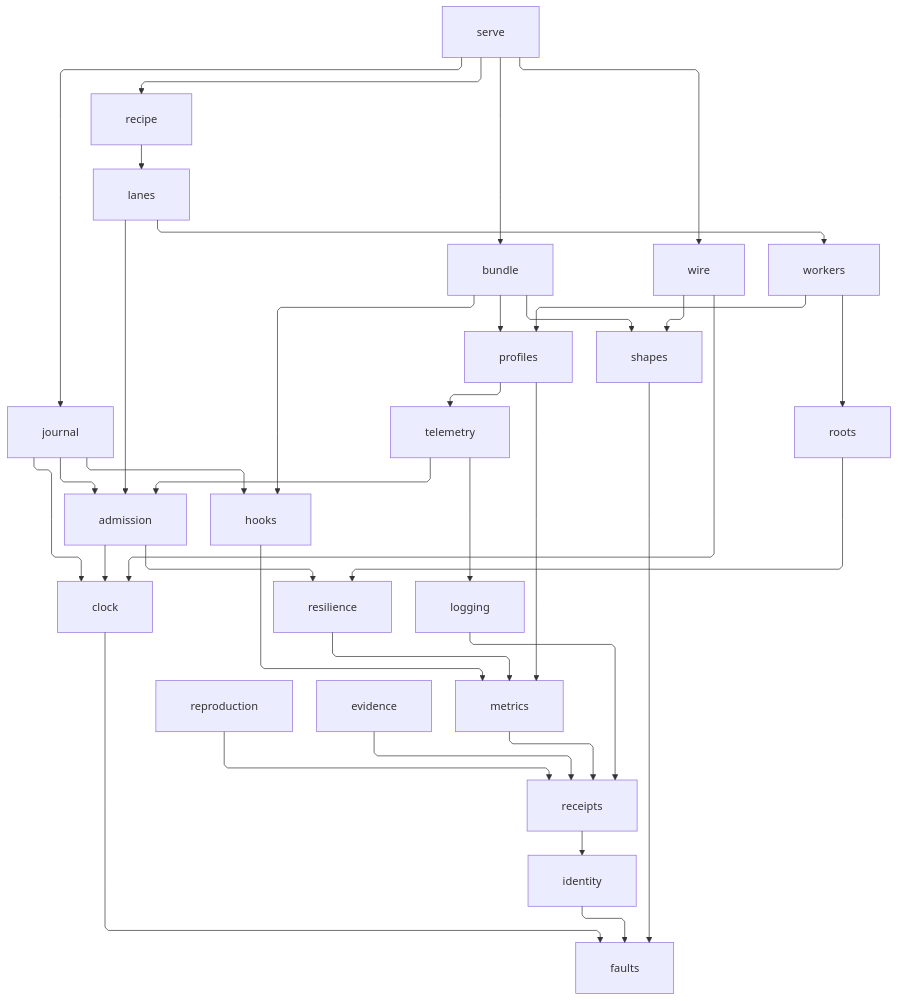
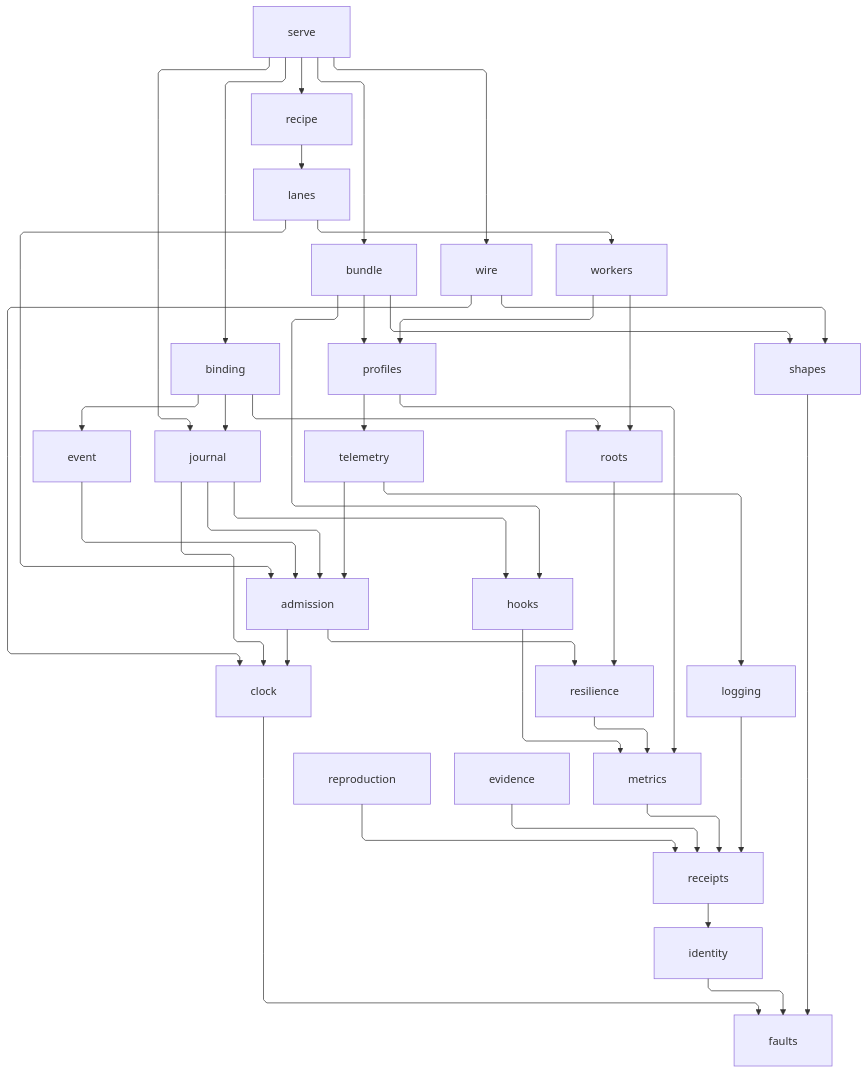
One commit to bsamiee/Rasm changed the first of 3 diagrams in libs/python/runtime/ARCHITECTURE.md. Above: the diagram before and after it, drawn with Mermaid. The commit also changed other lines of this file and 509 other files, not shown here.

````diff
--- a/libs/python/runtime/ARCHITECTURE.md
+++ b/libs/python/runtime/ARCHITECTURE.md
@@ -42,68 +44,75 @@
 ```mermaid
 ---
 config:
   layout: elk
   flowchart:
     curve: linear
     padding: 25
 ---
 flowchart TB
     accTitle: Runtime interior import rail
     accDescr: Transitive-reduced module import rail from serve down through the execution and install strata onto the faults root.
     Serve[serve]
+    Binding[binding]
+    Event[event]
     Bundle[bundle]
     Journal[journal]
     Profiles[profiles]
     Recipe[recipe]
     Telemetry[telemetry]
     Wire[wire]
     Lanes[lanes]
     Roots[roots]
     Admission[admission]
     Workers[workers]
     Shapes[shapes]
     Clock[clock]
     Resilience[resilience]
     Reproduction[reproduction]
     Evidence[evidence]
     Hooks[hooks]
     Metrics[metrics]
     Logging[logging]
     Receipts[receipts]
     Identity[identity]
     Faults[faults]
     Serve r1@--> Recipe
     Serve r2@--> Bundle
     Serve r3@--> Wire
+    Serve r36@--> Binding
+    Binding r37@--> Event
+    Binding r38@--> Journal
+    Binding r39@--> Roots
+    Event r40@--> Admission
     Bundle r28@--> Profiles
     Bundle r29@--> Hooks
     Bundle r30@--> Shapes
     Journal r32@--> Hooks
     Journal r33@--> Clock
     Serve r34@--> Journal
     Journal r35@--> Admission
     Workers r31@--> Profiles
     Profiles r23@--> Telemetry
     Profiles r24@--> Metrics
     Recipe r4@--> Lanes
     Workers r5@--> Roots
     Telemetry r6@--> Admission
     Telemetry r25@--> Logging
     Lanes r7@--> Admission
     Lanes r8@--> Workers
     Wire r9@--> Clock
     Wire r10@--> Shapes
     Admission r11@--> Clock
     Admission r12@--> Resilience
     Roots r14@--> Resilience
     Resilience r15@--> Metrics
     Hooks r26@--> Metrics
     Metrics r16@--> Receipts
     Logging r27@--> Receipts
     Reproduction r17@--> Receipts
     Evidence r18@--> Receipts
     Receipts r19@--> Identity
     Identity r20@--> Faults
     Shapes r21@--> Faults
     Clock r22@--> Faults
 ```
````
